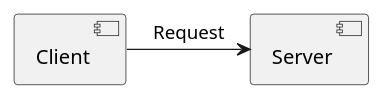
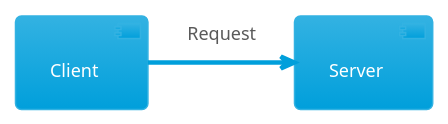
The first of 2 diagrams in docs/example.md (logwolvy/docukit), drawn with PlantUML before and after one commit.

Commit message:
Add theme to plantuml example

````diff
--- a/docs/example.md
+++ b/docs/example.md
@@ -8,7 +8,8 @@
 ```plantuml
 @startuml
+!theme bluegray
 
 [Client] -> [Server] : Request
 
 @enduml
 ```
````
